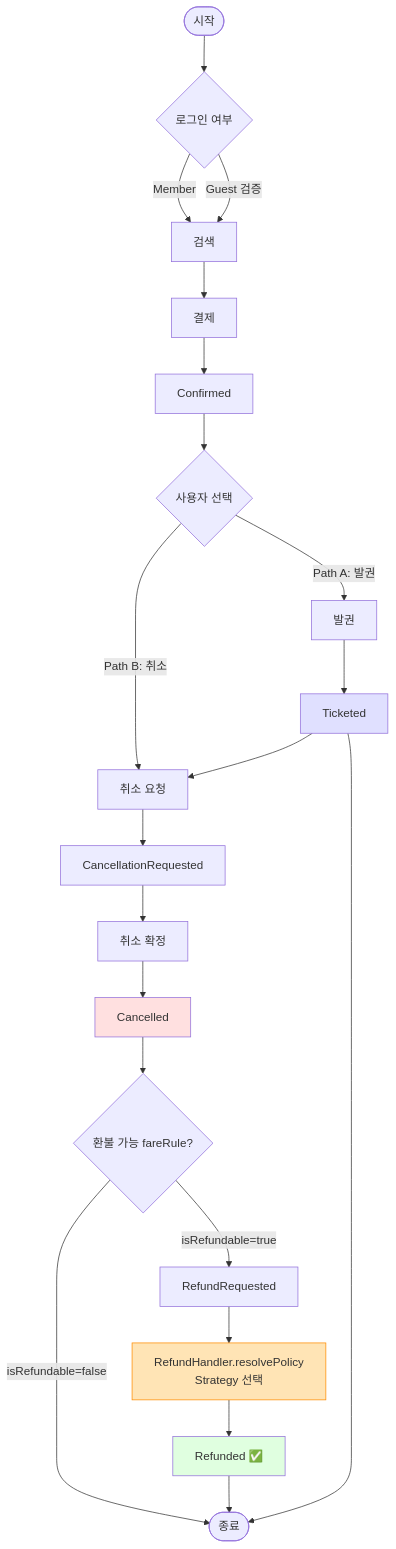
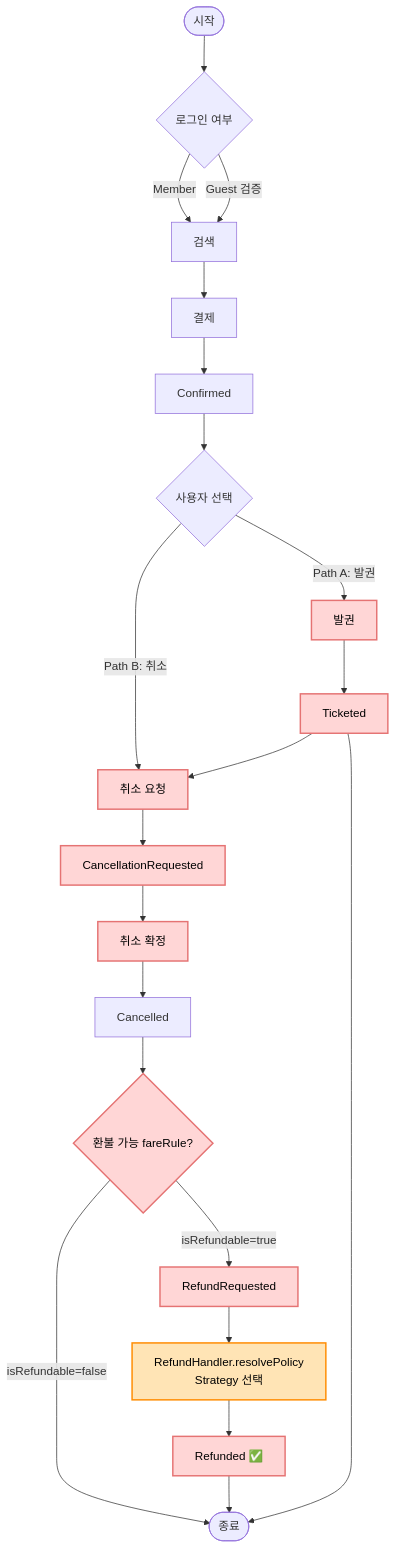
The eighth of 9 diagrams in docs/iteration-reports/iteration-2-ko.md (gimjungwook/KoreanAirReservationDomain), drawn with Mermaid before and after one commit. The commit also changed other lines of this file, not shown here.

Commit message:
docs(iter2): highlight iter-2 new nodes in red across diagrams

````diff
--- a/docs/iteration-reports/iteration-2-ko.md
+++ b/docs/iteration-reports/iteration-2-ko.md
@@ -584,40 +594,39 @@
 ```mermaid
 flowchart TB
     Start([시작])
     Login{로그인 여부}
     Search[검색]
     Pay[결제]
     Confirm[Confirmed]
     Choice{사용자 선택}
     Issue[발권]
     Ticketed[Ticketed]
     Cancel[취소 요청]
     CancelReq[CancellationRequested]
     Confirmed_Cancel[취소 확정]
     Cancelled[Cancelled]
     Refund_Choice{환불 가능 fareRule?}
     RefundReq[RefundRequested]
     Strategy_Pick[RefundHandler.resolvePolicy<br/>Strategy 선택]
     Refunded[Refunded ✅]
     Done([종료])
 
     Start --> Login
     Login -->|Member| Search
     Login -->|Guest 검증| Search
     Search --> Pay --> Confirm
     Confirm --> Choice
     Choice -->|Path A: 발권| Issue --> Ticketed
     Choice -->|Path B: 취소| Cancel --> CancelReq
     Ticketed --> Cancel
     CancelReq --> Confirmed_Cancel --> Cancelled
     Cancelled --> Refund_Choice
     Refund_Choice -->|isRefundable=true| RefundReq --> Strategy_Pick --> Refunded
     Refund_Choice -->|isRefundable=false| Done
     Refunded --> Done
     Ticketed --> Done
 
-    style Strategy_Pick fill:#FFE4B5,stroke:#FF8C00
-    style Refunded fill:#E0FFE0
-    style Cancelled fill:#FFE0E0
-    style Ticketed fill:#E0E0FF
+    classDef newNode fill:#FFD6D6,stroke:#E57373,stroke-width:2px,color:#000
+    class Issue,Ticketed,Cancel,CancelReq,Confirmed_Cancel,Refund_Choice,RefundReq,Refunded newNode
+    style Strategy_Pick fill:#FFE4B5,stroke:#FF8C00,stroke-width:2px,color:#000
 ```
````
